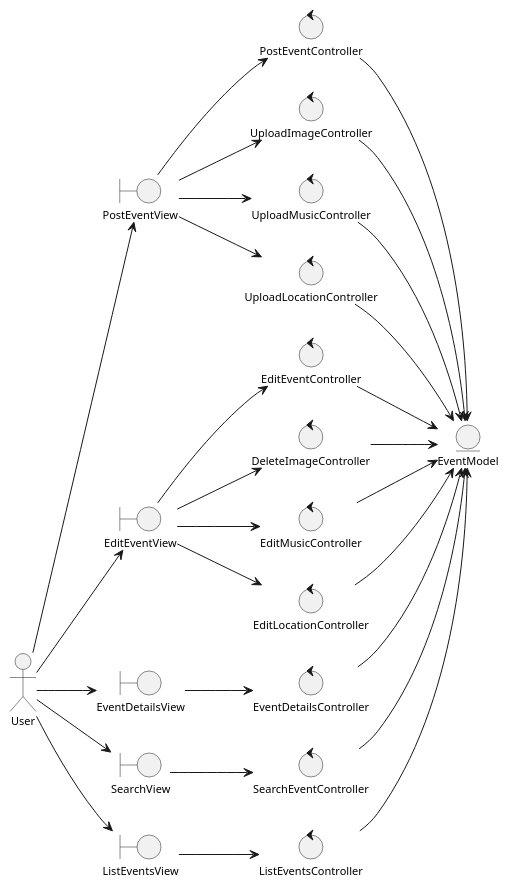
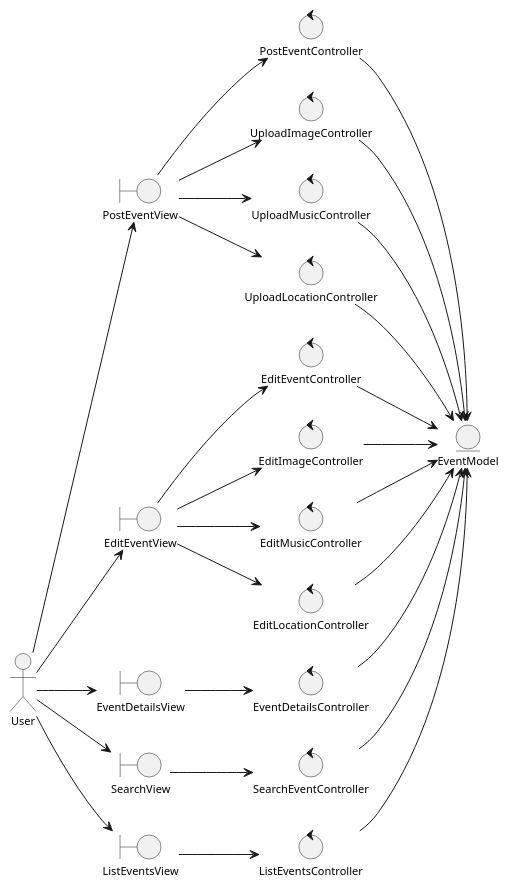
One commit to valeraruggierotesisucv/tesis-frameworks-mobile-diagrams changed the diagram in Análisis/Clases de Análisis/analysisClassDiagramEventsManagements.plantuml. Above: the diagram before and after it, drawn with PlantUML. The commit also changed 4 other files, not shown here.

```diff
--- a/Análisis/Clases de Análisis/analysisClassDiagramEventsManagements.plantuml
+++ b/Análisis/Clases de Análisis/analysisClassDiagramEventsManagements.plantuml
@@ -1,59 +1,59 @@
 @startuml analysisClassDiagramEventsManagements
 skinparam style strictuml
 left to right direction
 skinparam defaultTextAlignment center
 skinparam defaultFontSize 11
 
 actor "User" as user
 
 entity "EventModel" as eventModel
 
 boundary "PostEventView" as postEventView
 boundary "EditEventView" as editEventView
 boundary "EventDetailsView" as eventDetailsView
 boundary "SearchView" as searchView
 boundary "ListEventsView" as listEventsView
 
 control "PostEventController" as postEventController
 control "UploadImageController" as uploadImageController
 control "UploadMusicController" as uploadMusicController
 control "UploadLocationController" as uploadLocationController
 control "EditEventController" as editEventController
-control "DeleteImageController" as deleteImageController
+control "EditImageController" as editImageController
 control "EditMusicController" as editMusicController
 control "EditLocationController" as editLocationController
 control "EventDetailsController" as eventDetailsController
 control "SearchEventController" as searchEventController
 control "ListEventsController" as listEventsController
 
 user --> postEventView
 user --> editEventView
 user --> eventDetailsView
 user --> searchView
 user --> listEventsView
 
 postEventView --> postEventController
 postEventView --> uploadImageController
 postEventView --> uploadMusicController
 postEventView --> uploadLocationController
 editEventView --> editEventController
-editEventView --> deleteImageController
+editEventView --> editImageController
 editEventView --> editMusicController
 editEventView --> editLocationController
 eventDetailsView --> eventDetailsController
 searchView --> searchEventController
 listEventsView --> listEventsController
 
 postEventController --> eventModel
 uploadImageController --> eventModel
 uploadMusicController --> eventModel
 uploadLocationController --> eventModel
-deleteImageController --> eventModel
+editImageController --> eventModel
 editMusicController --> eventModel
 editLocationController --> eventModel
 editEventController --> eventModel
 eventDetailsController --> eventModel
 searchEventController --> eventModel
 listEventsController --> eventModel
 
 @enduml
```
